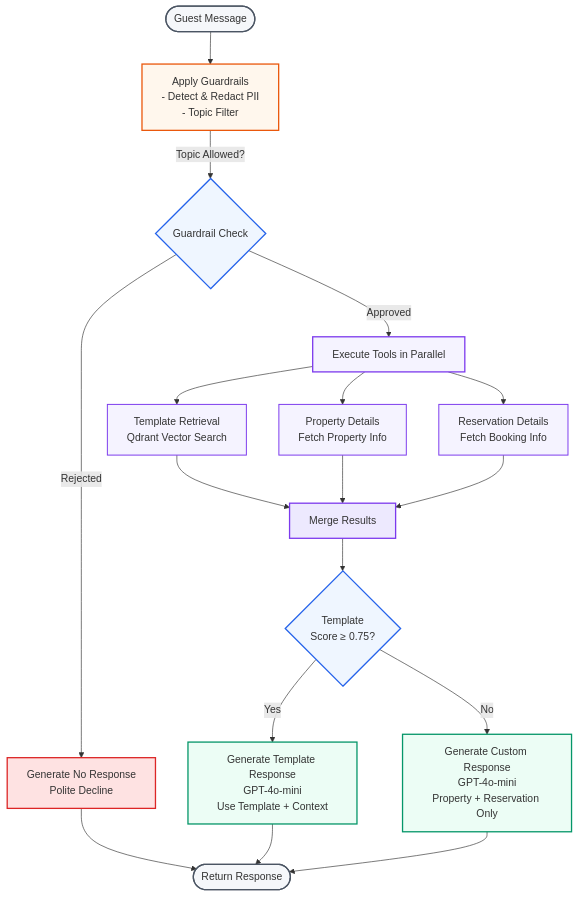
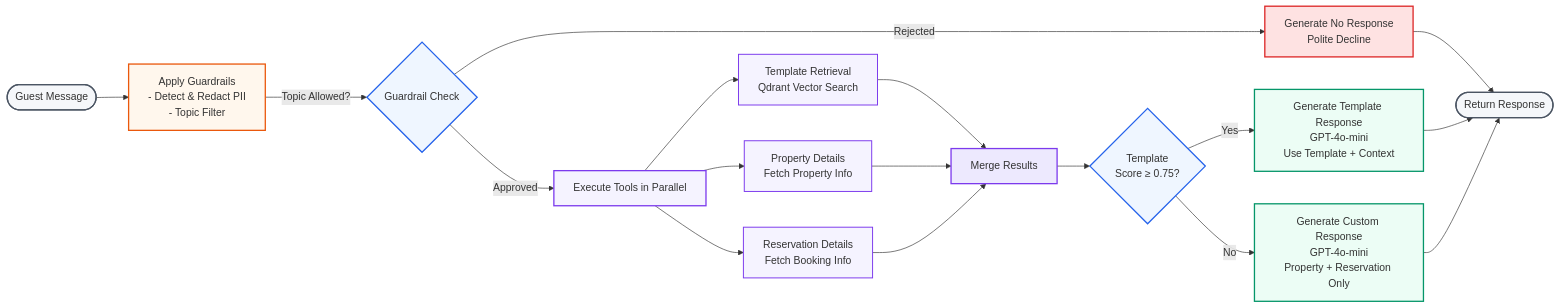
Before and after one commit to tyagiprnv/AI-Guest-Response-Agent: the diagram in README.md, drawn with Mermaid.

Commit message:
Update graph direction in README
Change the graph direction from TD to LR in the Agent Workflow section.

````diff
--- a/README.md
+++ b/README.md
@@ -19,51 +19,51 @@
 ```mermaid
-graph TD
+graph LR
     Start([Guest Message]) --> Guardrails[Apply Guardrails<br/>- Detect & Redact PII<br/>- Topic Filter]
 
     Guardrails -->|Topic Allowed?| Decision{Guardrail Check}
 
     Decision -->|Rejected| NoResponse[Generate No Response<br/>Polite Decline]
     Decision -->|Approved| Tools[Execute Tools in Parallel]
 
     Tools --> T1[Template Retrieval<br/>Qdrant Vector Search]
     Tools --> T2[Property Details<br/>Fetch Property Info]
     Tools --> T3[Reservation Details<br/>Fetch Booking Info]
 
     T1 --> Merge[Merge Results]
     T2 --> Merge
     T3 --> Merge
 
     Merge --> ResponseDecision{Template<br/>Score ≥ 0.75?}
 
     ResponseDecision -->|Yes| TemplateResponse[Generate Template Response<br/>GPT-4o-mini<br/>Use Template + Context]
     ResponseDecision -->|No| CustomResponse[Generate Custom Response<br/>GPT-4o-mini<br/>Property + Reservation Only]
 
     NoResponse --> End([Return Response])
     TemplateResponse --> End
     CustomResponse --> End
 
     %% Entry / Exit
     style Start fill:#F5F7FA,stroke:#4B5563,stroke-width:2px
     style End fill:#F5F7FA,stroke:#4B5563,stroke-width:2px
 
     %% Guardrails / Safety
     style Guardrails fill:#FFF7ED,stroke:#EA580C,stroke-width:2px
     style NoResponse fill:#FEE2E2,stroke:#DC2626,stroke-width:2px
 
     %% Decisions
     style Decision fill:#EFF6FF,stroke:#2563EB,stroke-width:2px
     style ResponseDecision fill:#EFF6FF,stroke:#2563EB,stroke-width:2px
 
     %% Tool execution
     style Tools fill:#F5F3FF,stroke:#7C3AED,stroke-width:2px
     style T1 fill:#F5F3FF,stroke:#7C3AED,stroke-width:1.5px
     style T2 fill:#F5F3FF,stroke:#7C3AED,stroke-width:1.5px
     style T3 fill:#F5F3FF,stroke:#7C3AED,stroke-width:1.5px
     style Merge fill:#EDE9FE,stroke:#7C3AED,stroke-width:2px
 
     %% Successful responses
     style TemplateResponse fill:#ECFDF5,stroke:#059669,stroke-width:2px
     style CustomResponse fill:#ECFDF5,stroke:#059669,stroke-width:2px
 
 
 ```
````
